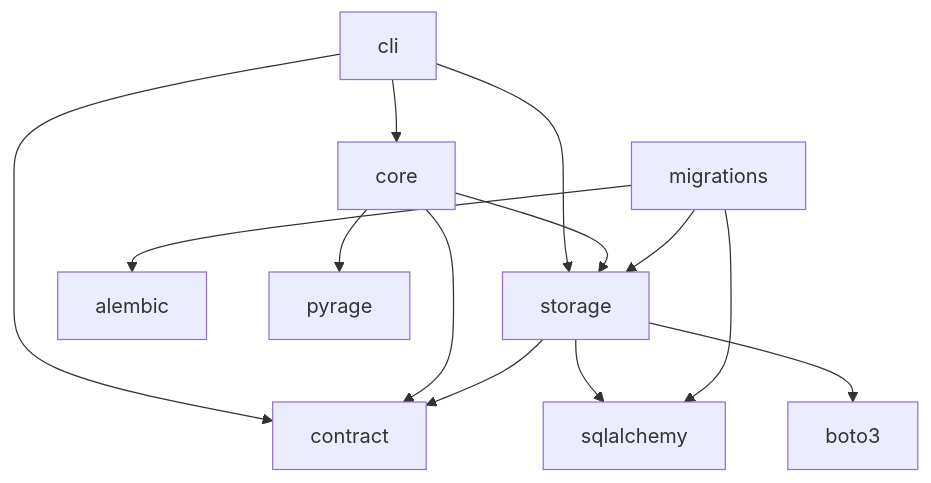
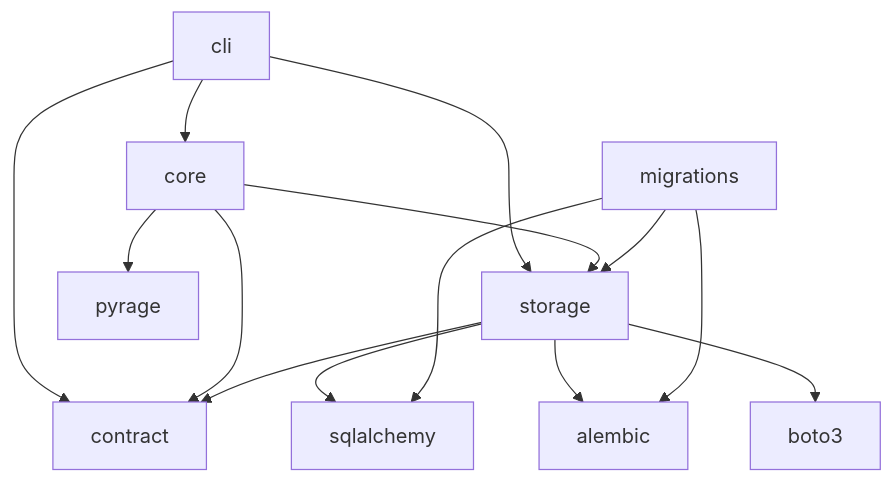
The diagram in docs/explanation/module-boundaries.md (jensens/previously), drawn with Mermaid before and after one commit. The commit also changed other lines of this file and 12 other files, not shown here.

````diff
--- a/docs/explanation/module-boundaries.md
+++ b/docs/explanation/module-boundaries.md
@@ -25,17 +26,18 @@
 ```{mermaid}
-:caption: The import edges on 2026-10-05: seven between its own modules, and not one of them exempted. Five arrows leave the package.
+:caption: The import edges on 2026-10-05: seven between its own modules, and not one of them exempted. Six arrows leave the package.
 
 graph TD
     cli[cli] --> core[core]
     cli --> storage[storage]
     cli --> contract[contract]
     core --> storage
     core --> contract
     migrations[migrations] --> storage
     storage --> contract
     storage --> sqlalchemy[sqlalchemy]
+    storage --> alembic[alembic]
     migrations --> sqlalchemy
-    migrations --> alembic[alembic]
+    migrations --> alembic
     core --> pyrage[pyrage]
     storage --> boto3[boto3]
 ```
````
